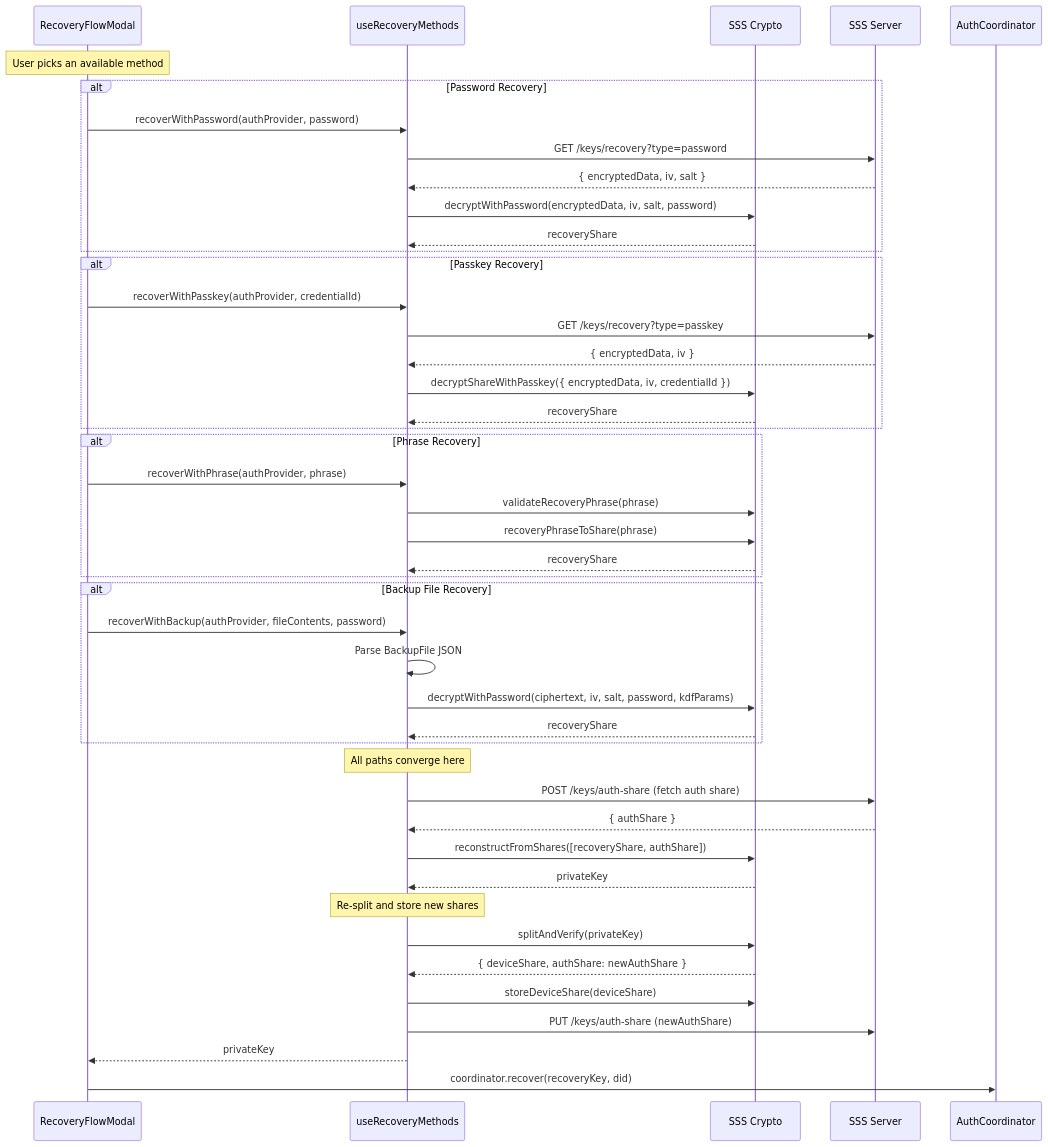
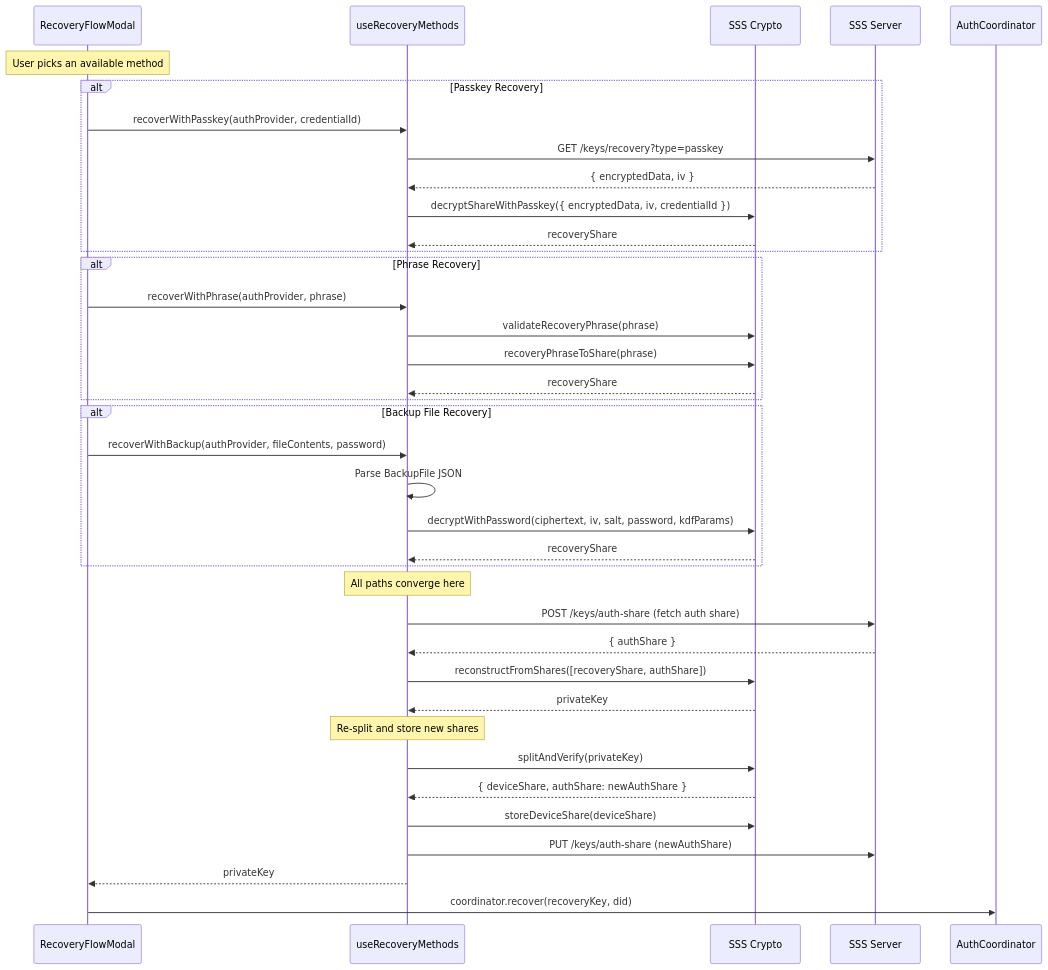
The third of 4 diagrams in packages/learn-card-base/src/auth-coordinator/RECOVERY.md (learningeconomy/LearnCard), drawn with Mermaid before and after one commit. The commit also changed other lines of this file and 19 other files, not shown here.

````diff
--- a/packages/learn-card-base/src/auth-coordinator/RECOVERY.md
+++ b/packages/learn-card-base/src/auth-coordinator/RECOVERY.md
@@ -142,56 +129,48 @@
 ```mermaid
 sequenceDiagram
     participant UI as RecoveryFlowModal
     participant Hook as useRecoveryMethods
     participant SSS as SSS Crypto
     participant Server as SSS Server
     participant AC as AuthCoordinator
 
     Note over UI: User picks an available method
-
-    alt Password Recovery
-        UI->>Hook: recoverWithPassword(authProvider, password)
-        Hook->>Server: GET /keys/recovery?type=password
-        Server-->>Hook: { encryptedData, iv, salt }
-        Hook->>SSS: decryptWithPassword(encryptedData, iv, salt, password)
-        SSS-->>Hook: recoveryShare
-    end
 
     alt Passkey Recovery
         UI->>Hook: recoverWithPasskey(authProvider, credentialId)
         Hook->>Server: GET /keys/recovery?type=passkey
         Server-->>Hook: { encryptedData, iv }
         Hook->>SSS: decryptShareWithPasskey({ encryptedData, iv, credentialId })
         SSS-->>Hook: recoveryShare
     end
 
     alt Phrase Recovery
         UI->>Hook: recoverWithPhrase(authProvider, phrase)
         Hook->>SSS: validateRecoveryPhrase(phrase)
         Hook->>SSS: recoveryPhraseToShare(phrase)
         SSS-->>Hook: recoveryShare
     end
 
     alt Backup File Recovery
         UI->>Hook: recoverWithBackup(authProvider, fileContents, password)
         Hook->>Hook: Parse BackupFile JSON
         Hook->>SSS: decryptWithPassword(ciphertext, iv, salt, password, kdfParams)
         SSS-->>Hook: recoveryShare
     end
 
     Note over Hook: All paths converge here
 
     Hook->>Server: POST /keys/auth-share (fetch auth share)
     Server-->>Hook: { authShare }
     Hook->>SSS: reconstructFromShares([recoveryShare, authShare])
     SSS-->>Hook: privateKey
 
     Note over Hook: Re-split and store new shares
     Hook->>SSS: splitAndVerify(privateKey)
     SSS-->>Hook: { deviceShare, authShare: newAuthShare }
     Hook->>SSS: storeDeviceShare(deviceShare)
     Hook->>Server: PUT /keys/auth-share (newAuthShare)
 
     Hook-->>UI: privateKey
     UI->>AC: coordinator.recover(recoveryKey, did)
 ```
````
